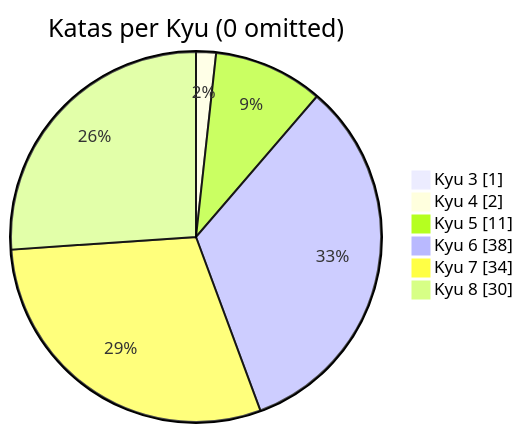
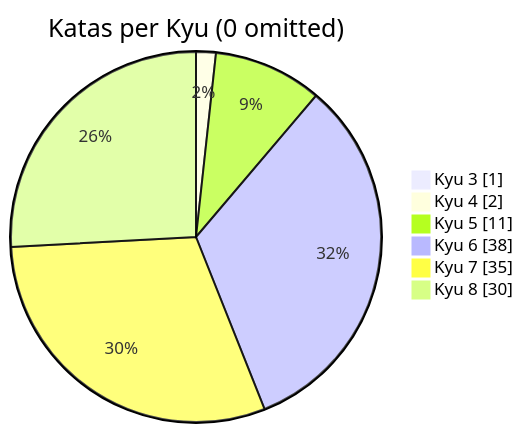
One commit to MauricioLudwig/codewars-typescript changed the diagram in README.md. Above: the diagram before and after it, drawn with Mermaid. The commit also changed other lines of this file, not shown here.

````diff
--- a/README.md
+++ b/README.md
@@ -21,10 +21,10 @@
 ```mermaid
 pie showData
     title Katas per Kyu (0 omitted)
 	"Kyu 3": 1
 	"Kyu 4": 2
 	"Kyu 5": 11
 	"Kyu 6": 38
-	"Kyu 7": 34
+	"Kyu 7": 35
 	"Kyu 8": 30
 ```
````
